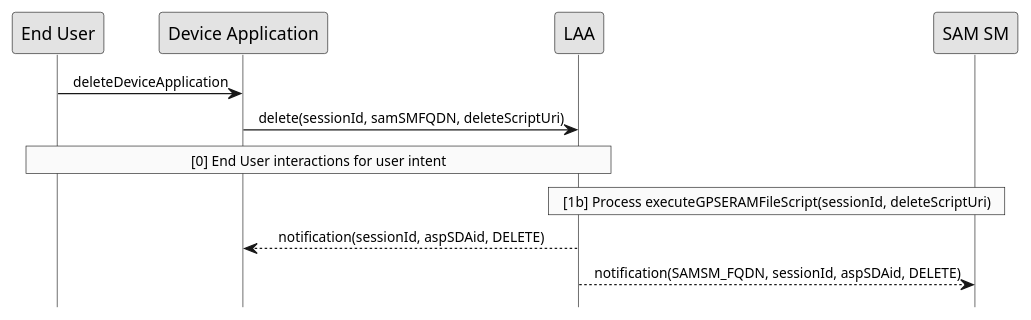
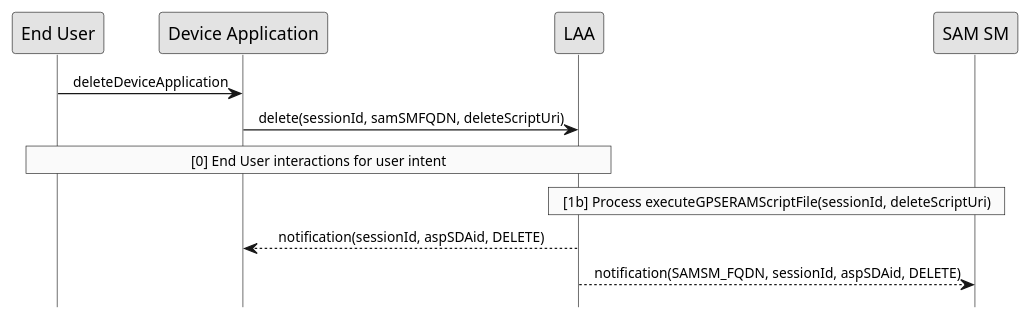
One commit to gaelrgerard/laa changed the diagram in doc/uml/delete-device-script.pu. Above: the diagram before and after it, drawn with PlantUML. The commit also changed 5 other files, not shown here.

```diff
--- a/doc/uml/delete-device-script.pu
+++ b/doc/uml/delete-device-script.pu
@@ -1,27 +1,27 @@
 @startuml
 
 hide footbox
 skinparam sequenceMessageAlign center
 skinparam sequenceArrowFontSize 11
 skinparam noteFontSize 11
 skinparam monochrome true
 skinparam lifelinestrategy solid
  
 "End User" -> "Device Application" : deleteDeviceApplication
 "Device Application" -> LAA : delete(sessionId, samSMFQDN, deleteScriptUri)
 
 rnote over "LAA", "End User"
      [0] End User interactions for user intent
 end rnote
 
 
 rnote over "LAA", "SAM SM"
-     [1b] Process executeGPSERAMFileScript(sessionId, deleteScriptUri)
+     [1b] Process executeGPSERAMScriptFile(sessionId, deleteScriptUri)
 end rnote
 
 
  
 LAA --> "Device Application" : notification(sessionId, aspSDAid, DELETE)
  
 LAA --> "SAM SM" : notification(SAMSM_FQDN, sessionId, aspSDAid, DELETE)
 @enduml
```
